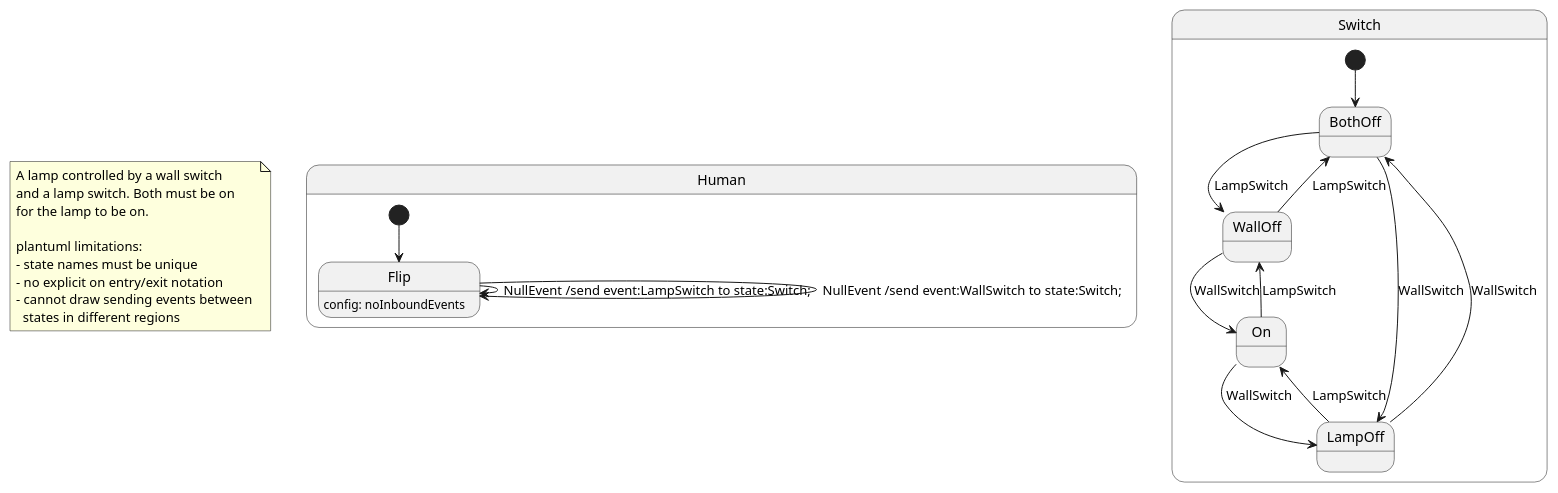
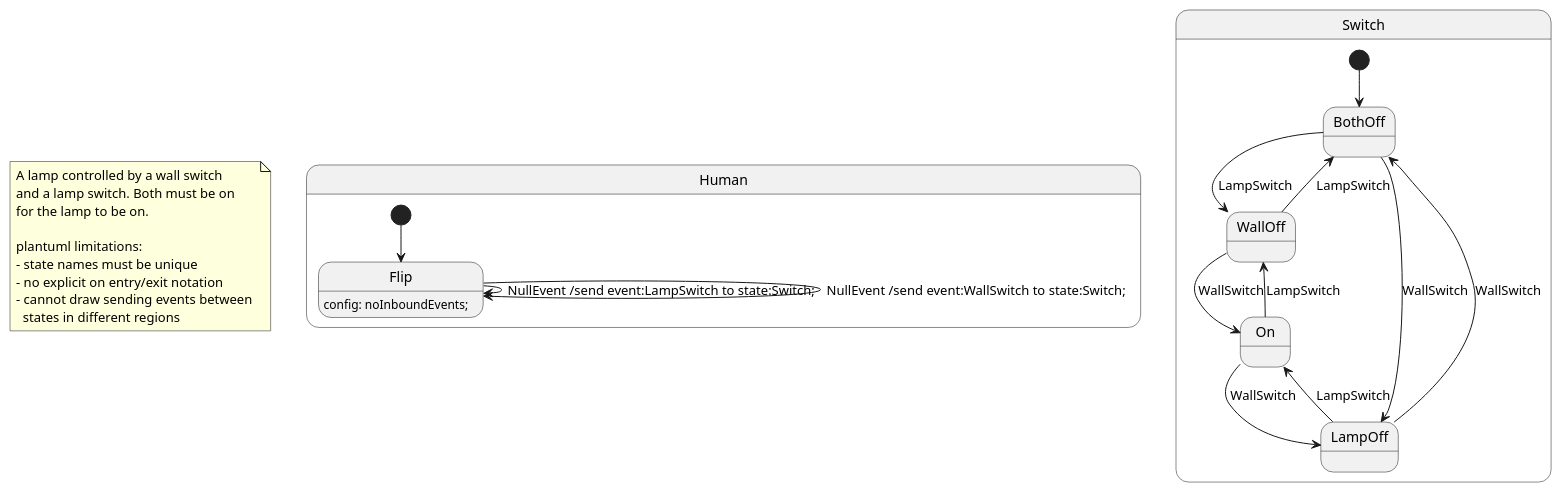
Before and after one commit to melintea/upml: the diagram in plantuml/switch/switch.plantuml, drawn with PlantUML. The commit also changed 5 other files, not shown here.

```diff
--- a/plantuml/switch/switch.plantuml
+++ b/plantuml/switch/switch.plantuml
@@ -1,45 +1,45 @@
 @startuml
 
 note as N1
   A lamp controlled by a wall switch
   and a lamp switch. Both must be on
   for the lamp to be on.
 
   plantuml limitations:
   - state names must be unique
   - no explicit on entry/exit notation
   - cannot draw sending events between 
     states in different regions
 end note
 
 
 
 state Human {
 
 [*] --> Flip
-Flip: config: noInboundEvents
+Flip: config: noInboundEvents;
 Flip --> Flip : NullEvent /send event:LampSwitch to state:Switch;
 Flip --> Flip : NullEvent /send event:WallSwitch to state:Switch;
 
 }
 
 
 
 state Switch {
 
 [*] --> BothOff
 BothOff --> WallOff : LampSwitch
 WallOff --> BothOff : LampSwitch
 
 BothOff --> LampOff : WallSwitch
 LampOff --> BothOff : WallSwitch
 
 WallOff --> On : WallSwitch
 On --> WallOff : LampSwitch
 
 LampOff --> On : LampSwitch
 On --> LampOff : WallSwitch
 
 }
 
 @enduml
```
